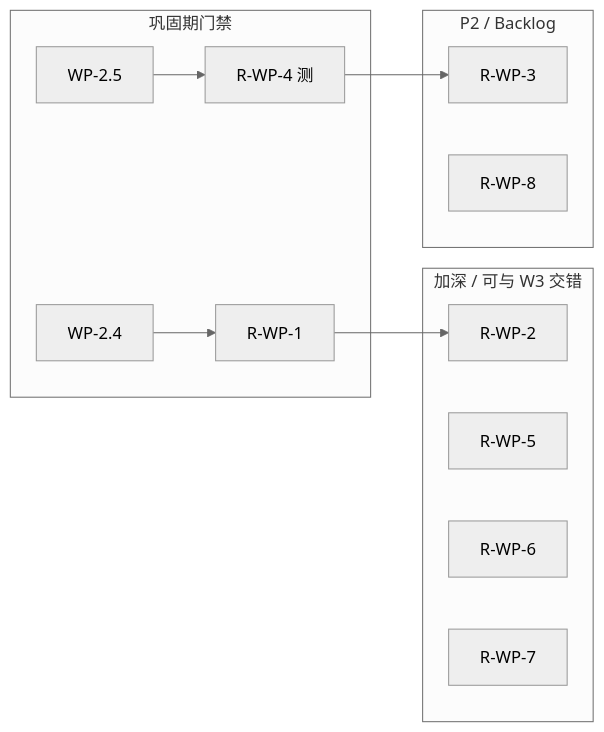
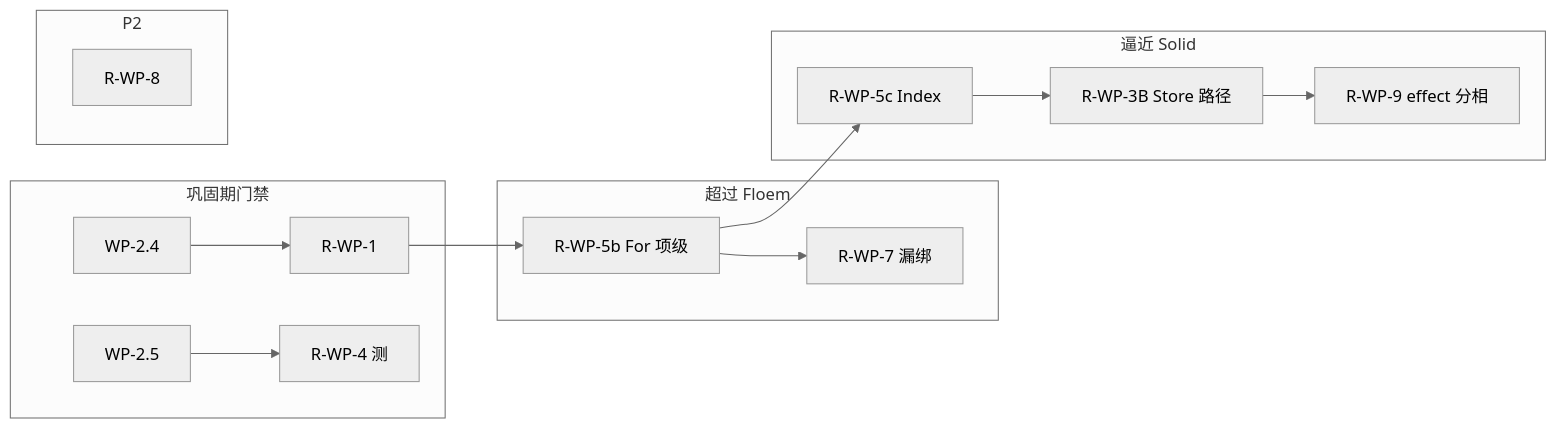
Before and after one commit to Zk3619/Jadix: the diagram in docs/REACTIVITY_PLAN.md, drawn with Mermaid (neutral theme). The commit also changed other lines of this file and 129 other files, not shown here.

First line of the commit message:
Close WP-3.2 and enter W3: Chart path raster, RSX marks, and drawing.md.

````diff
--- a/docs/REACTIVITY_PLAN.md
+++ b/docs/REACTIVITY_PLAN.md
@@ -51,23 +53,28 @@
 ```mermaid
 flowchart LR
   subgraph gate [巩固期门禁]
     WP24[WP-2.4]
     WP25[WP-2.5]
     R1[R-WP-1]
     R4a[R-WP-4 测]
   end
-  subgraph deepen [加深 / 可与 W3 交错]
-    R2[R-WP-2]
-    R5[R-WP-5]
-    R6[R-WP-6]
-    R7[R-WP-7]
+  subgraph exceedFloem [超过 Floem]
+    R5b[R-WP-5b For 项级]
+    R7[R-WP-7 漏绑]
   end
-  subgraph later [P2 / Backlog]
-    R3[R-WP-3]
+  subgraph nearSolid [逼近 Solid]
+    R5c[R-WP-5c Index]
+    R3[R-WP-3B Store 路径]
+    R9[R-WP-9 effect 分相]
+  end
+  subgraph later [P2]
     R8[R-WP-8]
   end
   WP24 --> R1
   WP25 --> R4a
-  R1 --> R2
-  R4a --> R3
+  R1 --> R5b
+  R5b --> R5c
+  R5c --> R3
+  R3 --> R9
+  R5b --> R7
 ```
````
